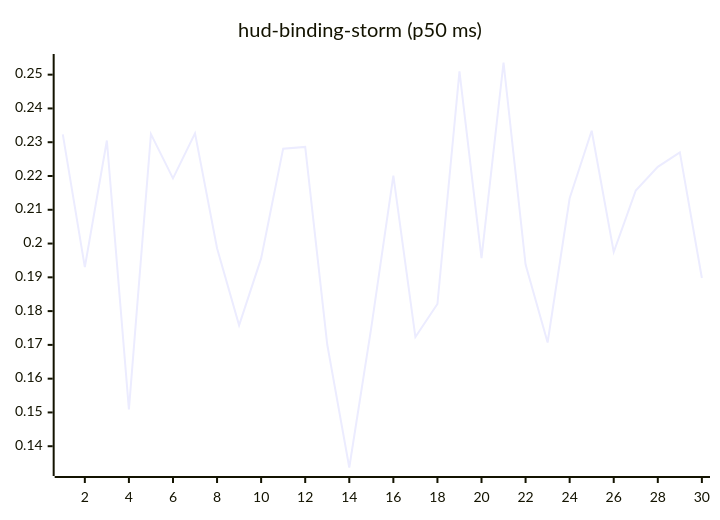
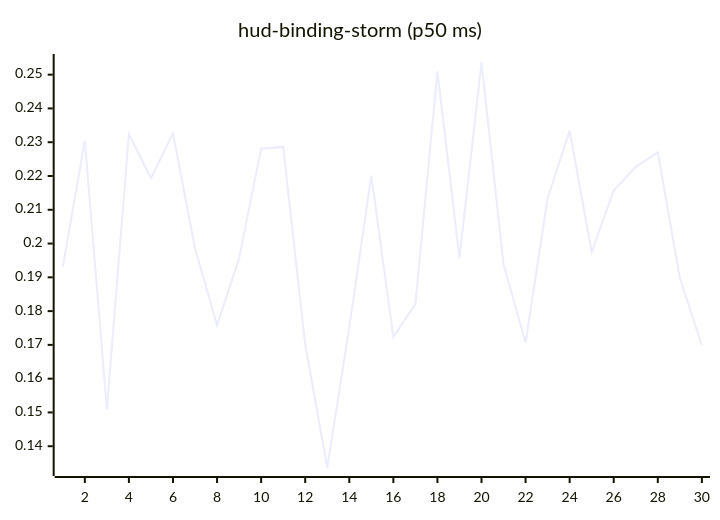
The tenth of 27 diagrams in README.md (josha/Facet), drawn with Mermaid before and after one commit. The commit also changed other lines of this file and 2 other files, not shown here.

````diff
--- a/README.md
+++ b/README.md
@@ -126,6 +126,6 @@
 ```mermaid
 xychart-beta
     title "hud-binding-storm (p50 ms)"
     x-axis 1 --> 30
-    line [0.2323, 0.1930, 0.2305, 0.1509, 0.2324, 0.2193, 0.2326, 0.1986, 0.1758, 0.1956, 0.2281, 0.2286, 0.1701, 0.1337, 0.1752, 0.2201, 0.1723, 0.1821, 0.2510, 0.1957, 0.2536, 0.1938, 0.1707, 0.2134, 0.2334, 0.1975, 0.2157, 0.2227, 0.2270, 0.1898]
+    line [0.1930, 0.2305, 0.1509, 0.2324, 0.2193, 0.2326, 0.1986, 0.1758, 0.1956, 0.2281, 0.2286, 0.1701, 0.1337, 0.1752, 0.2201, 0.1723, 0.1821, 0.2510, 0.1957, 0.2536, 0.1938, 0.1707, 0.2134, 0.2334, 0.1975, 0.2157, 0.2227, 0.2270, 0.1898, 0.1699]
 ```
````
